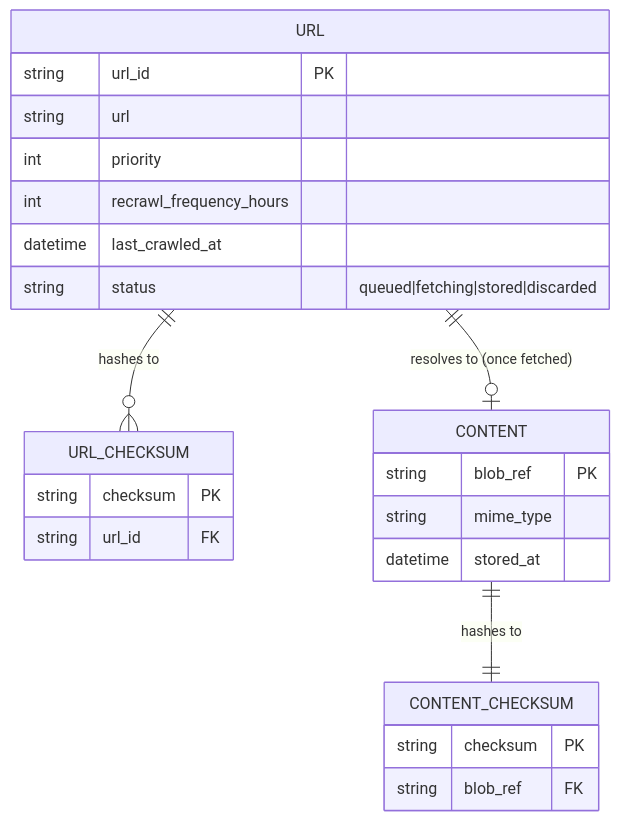
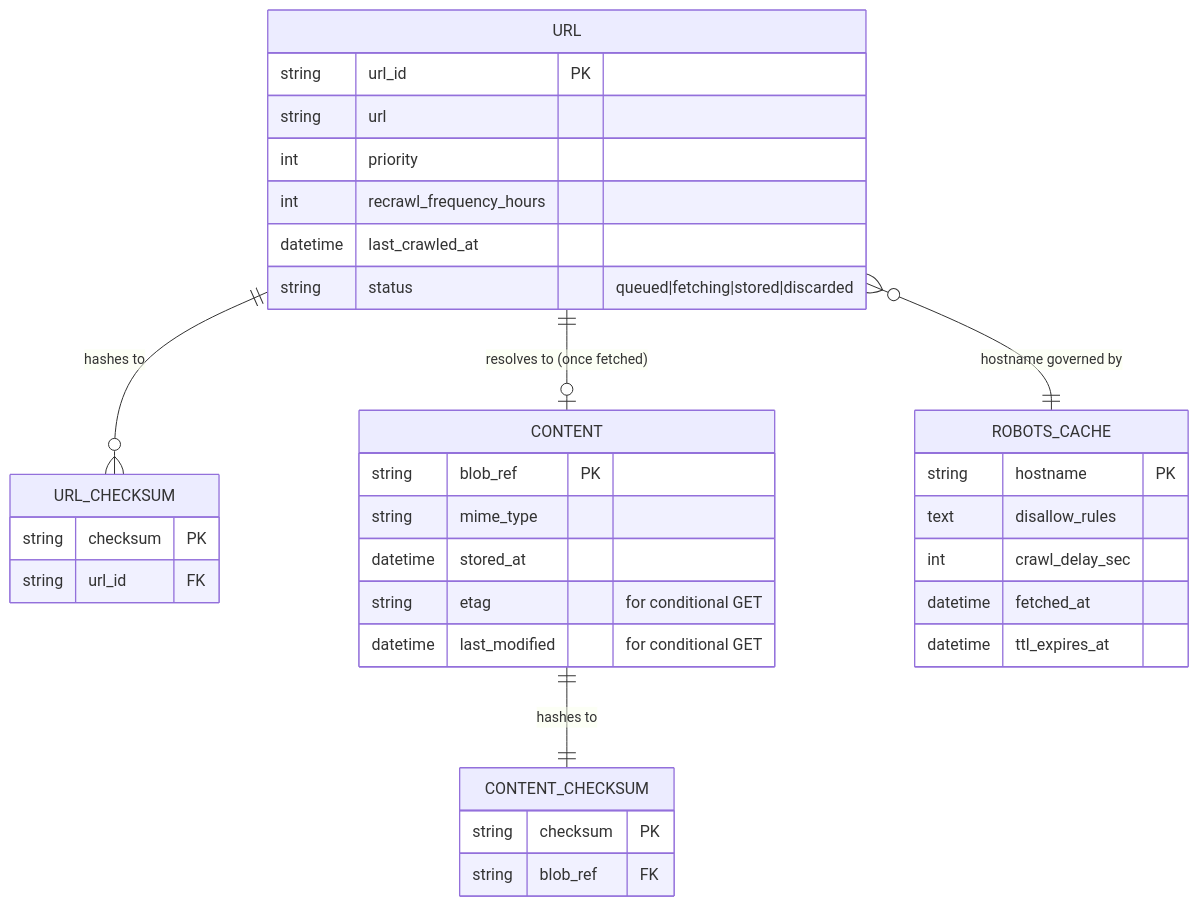
One commit to riyaz-pasha/Learnings changed the ninth of 20 diagrams in system-design/HLD/0-course/35-Web-Crawler-FAANG-Guide.md. Above: the diagram before and after it, drawn with Mermaid. The commit also changed other lines of this file and 50 other files, not shown here.

````diff
--- a/system-design/HLD/0-course/35-Web-Crawler-FAANG-Guide.md
+++ b/system-design/HLD/0-course/35-Web-Crawler-FAANG-Guide.md
@@ -237,27 +258,37 @@
 ```mermaid
 erDiagram
     URL {
         string url_id PK
         string url
         int priority
         int recrawl_frequency_hours
         datetime last_crawled_at
         string status "queued|fetching|stored|discarded"
     }
     URL_CHECKSUM {
         string checksum PK
         string url_id FK
     }
     CONTENT_CHECKSUM {
         string checksum PK
         string blob_ref FK
     }
     CONTENT {
         string blob_ref PK
         string mime_type
         datetime stored_at
+        string etag "for conditional GET"
+        datetime last_modified "for conditional GET"
+    }
+    ROBOTS_CACHE {
+        string hostname PK
+        text disallow_rules
+        int crawl_delay_sec
+        datetime fetched_at
+        datetime ttl_expires_at
     }
     URL ||--o{ URL_CHECKSUM : "hashes to"
     CONTENT ||--|| CONTENT_CHECKSUM : "hashes to"
     URL ||--o| CONTENT : "resolves to (once fetched)"
+    URL }o--|| ROBOTS_CACHE : "hostname governed by"
 ```
````
